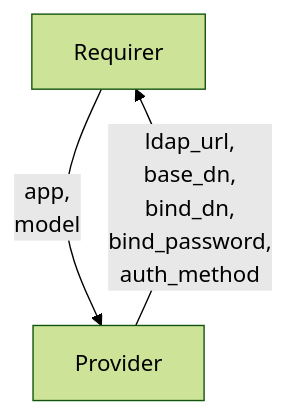
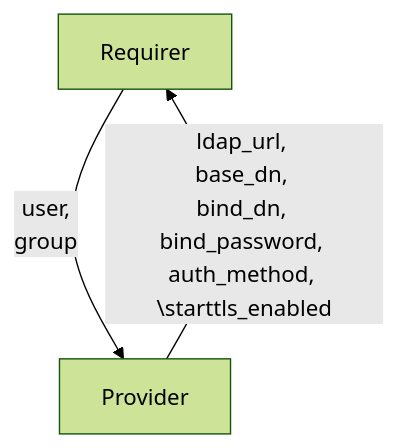
One commit to canonical/charm-relation-interfaces changed the diagram in interfaces/ldap/v0/README.md. Above: the diagram before and after it, drawn with Mermaid (forest theme). The commit also changed other lines of this file and 3 other files, not shown here.

````diff
--- a/interfaces/ldap/v0/README.md
+++ b/interfaces/ldap/v0/README.md
@@ -10,5 +10,5 @@
 ```mermaid
 flowchart TD
-    Requirer -- app, \nmodel --> Provider
-    Provider -- ldap_url, \nbase_dn, \nbind_dn, \nbind_password, \nauth_method --> Requirer
+    Requirer -- user, \ngroup --> Provider
+    Provider -- ldap_url, \nbase_dn, \nbind_dn, \nbind_password, \nauth_method, \starttls_enabled --> Requirer
 ```
````
